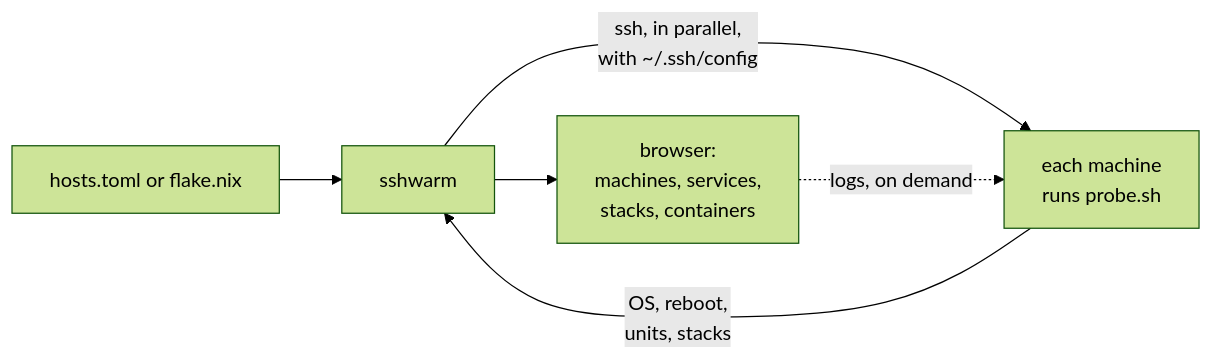
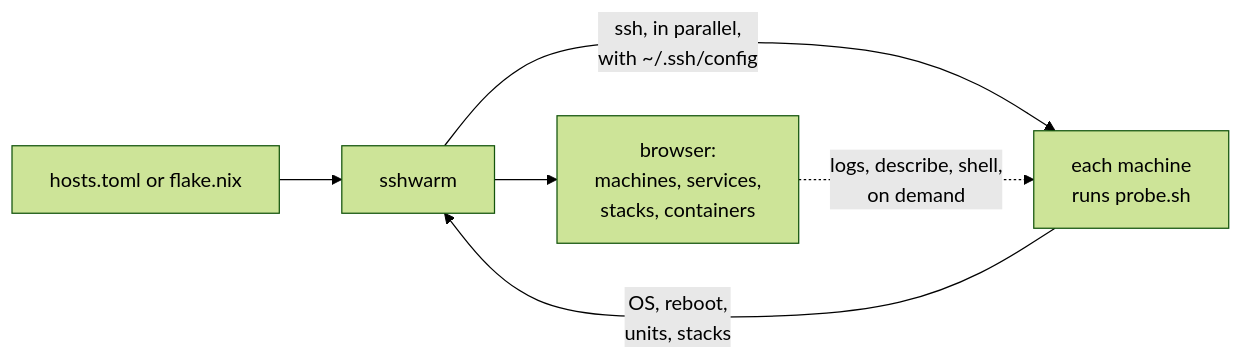
The diagram in README.md (cmdoret/sshwarm), drawn with Mermaid (forest theme) before and after one commit. The commit also changed other lines of this file and 9 other files, not shown here.

````diff
--- a/README.md
+++ b/README.md
@@ -64,8 +64,8 @@
 ```mermaid
 flowchart LR
     src["hosts.toml or flake.nix"] --> sw[sshwarm]
     sw -- "ssh, in parallel,<br>with ~/.ssh/config" --> m["each machine<br>runs probe.sh"]
     m -- "OS, reboot,<br>units, stacks" --> sw
     sw --> ui["browser:<br>machines, services,<br>stacks, containers"]
-    ui -. "logs, on demand" .-> m
+    ui -. "logs, describe, shell,<br>on demand" .-> m
 ```
````
